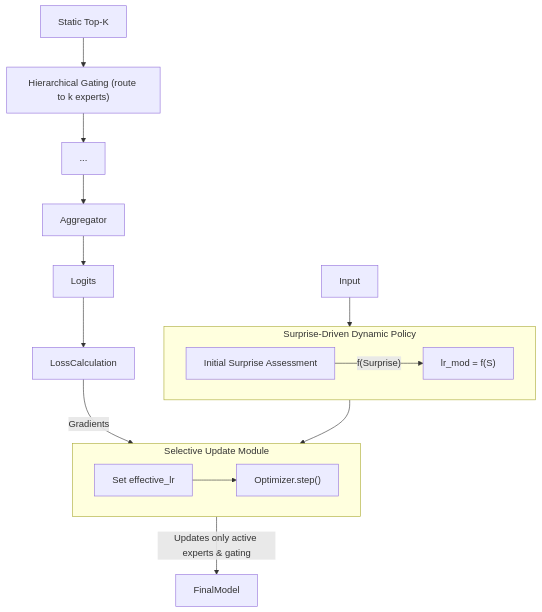
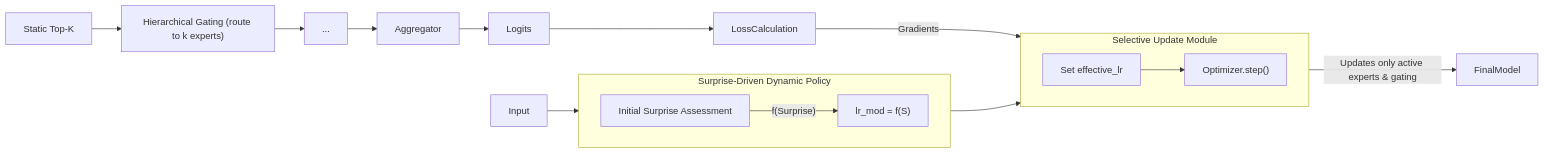
Before and after one commit to anmoa/PILF: the third of 4 diagrams in readme.md, drawn with Mermaid. The commit also changed other lines of this file and 40 other files, not shown here.

````diff
--- a/readme.md
+++ b/readme.md
@@ -88,26 +88,26 @@
 ```mermaid
-graph TD
+graph LR
     Input --> InitialSurprise["Initial Surprise Assessment"]
     
     subgraph DynamicPolicy [Surprise-Driven Dynamic Policy]
         direction LR
         InitialSurprise -- "f(Surprise)" --> lr_mod_Value["lr_mod = f(S)"]
     end
 
     StaticK["Static Top-K"] --> HierarchicalGatingNetwork["Hierarchical Gating (route to k experts)"]
     HierarchicalGatingNetwork --> MicroExpertPool[...]
     
     MicroExpertPool --> Aggregator
     Aggregator --> Logits
 
     Logits --> LossCalculation
     LossCalculation -- Gradients --> SelectiveUpdate
 
     subgraph SelectiveUpdate [Selective Update Module]
         direction LR
         lr_mod_Value --> SetLR["Set effective_lr"]
         SetLR --> OptimizerStep["Optimizer.step()"]
     end
     
     OptimizerStep -- Updates only active experts & gating --> FinalModel
 ```
````
